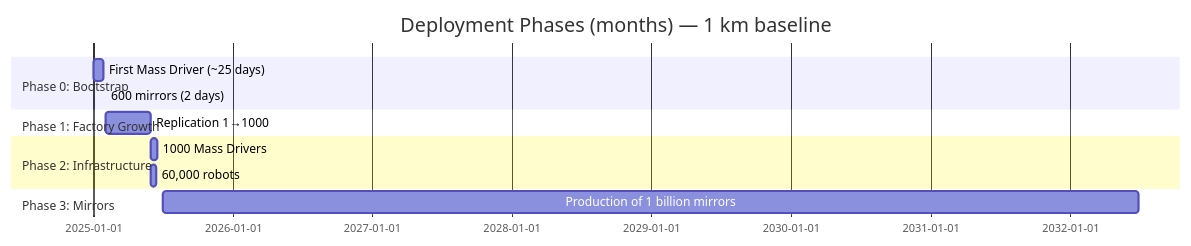
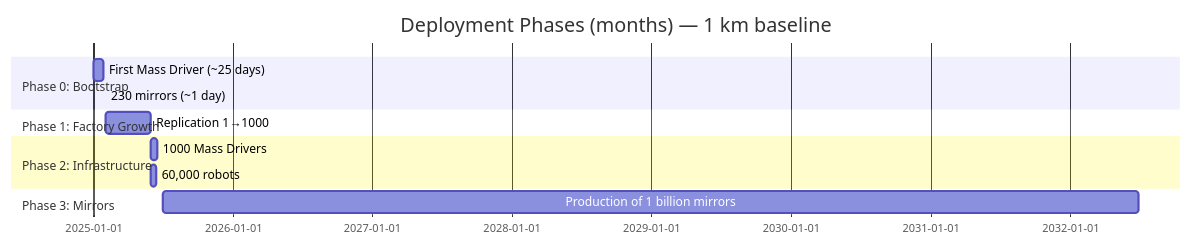
Before and after one commit to DmitryNasikanov/infinite-energy: the diagram in en/science/detailed/factories/assembly/replication.qmd, drawn with Mermaid. The commit also changed other lines of this file and 34 other files, not shown here.

````diff
--- a/en/science/detailed/factories/assembly/replication.qmd
+++ b/en/science/detailed/factories/assembly/replication.qmd
@@ -175,15 +181,15 @@
 ```{mermaid}
 gantt
     title Deployment Phases (months) — 1 km baseline
     dateFormat  YYYY-MM
     section Phase 0: Bootstrap
     First Mass Driver (~25 days)      :2025-01, 25d
-    600 mirrors (2 days)              :2025-02, 2d
+    230 mirrors (~1 day)              :2025-02, 1d
     section Phase 1: Factory Growth
     Replication 1→1000                :2025-02, 120d
     section Phase 2: Infrastructure
     1000 Mass Drivers                 :2025-06, 15d
     60,000 robots                     :2025-06, 12d
     section Phase 3: Mirrors
     Production of 1 billion mirrors   :2025-07, 2555d
 ```
````
